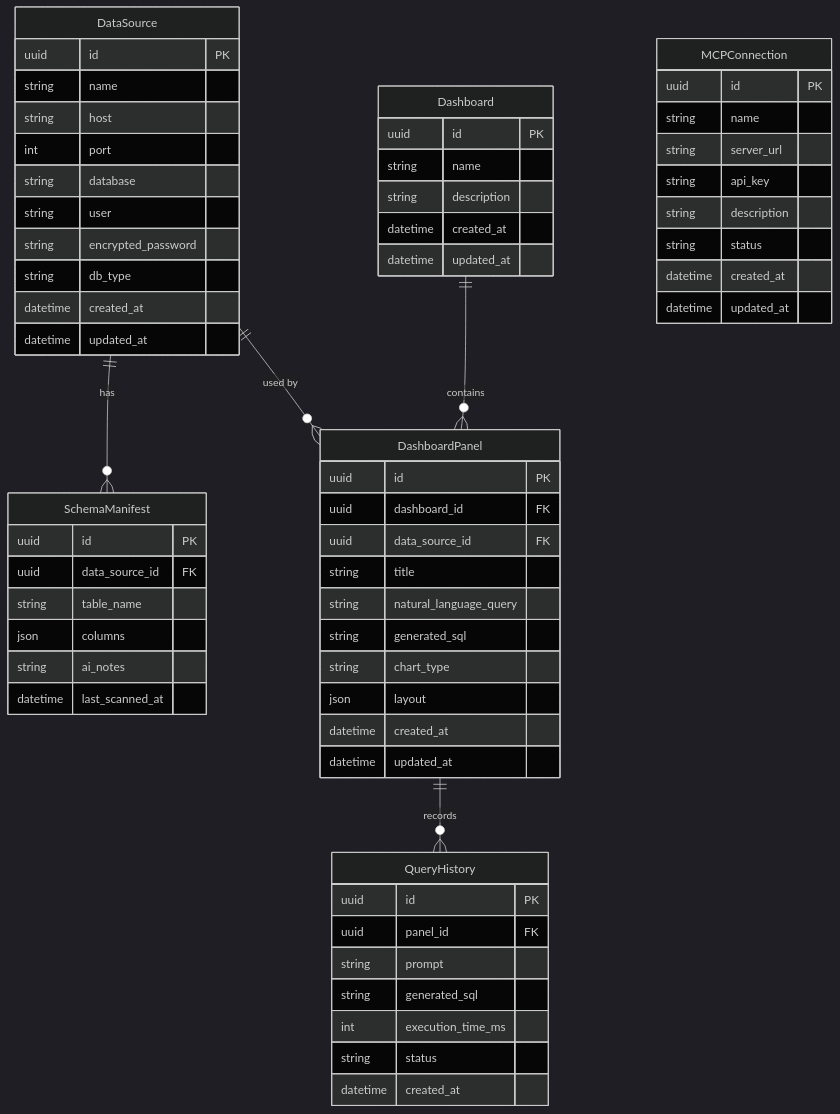
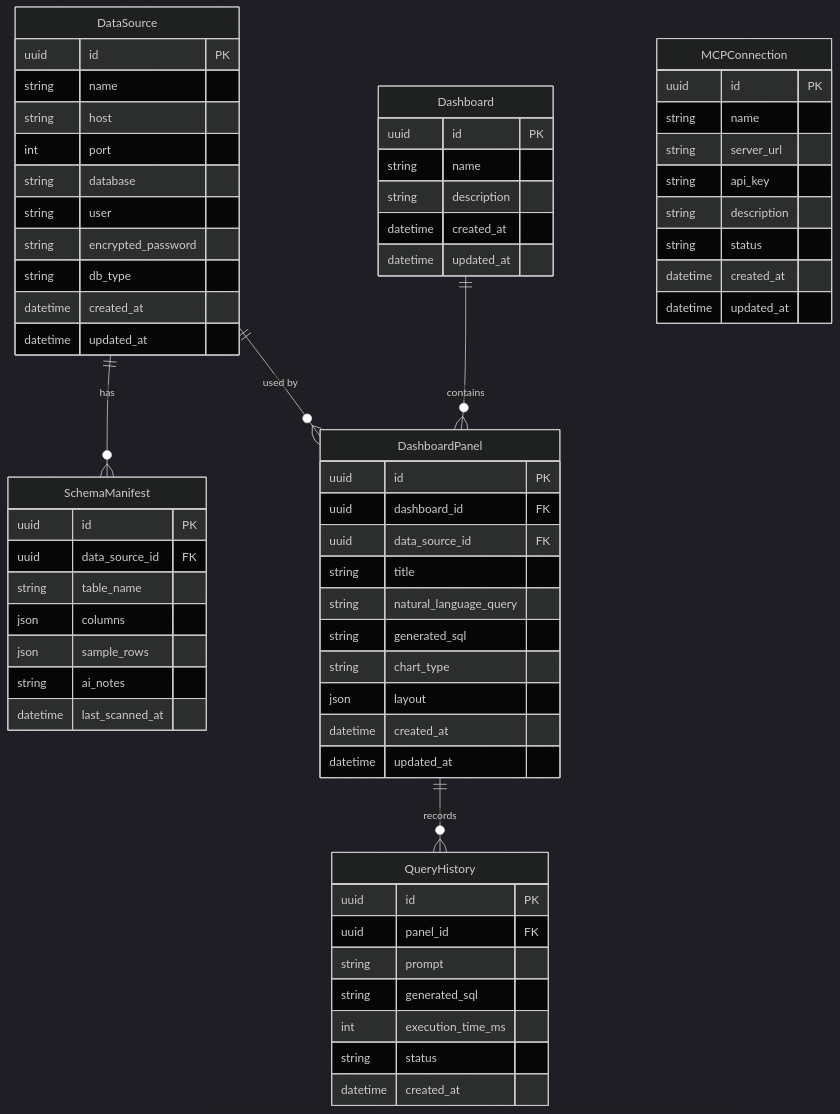
One commit to exs-xgg/dashie changed the diagram in docs/erd.md. Above: the diagram before and after it, drawn with Mermaid (dark theme). The commit also changed 10 other files, not shown here.

Commit message:
feat: implement database schema sync with sample row storage and add chart modal UI

````diff
--- a/docs/erd.md
+++ b/docs/erd.md
@@ -5,71 +5,72 @@
 ```mermaid
 erDiagram
     DataSource ||--o{ SchemaManifest : "has"
     DataSource ||--o{ DashboardPanel : "used by"
     Dashboard ||--o{ DashboardPanel : "contains"
     DashboardPanel ||--o{ QueryHistory : "records"
     
     DataSource {
         uuid id PK
         string name
         string host
         int port
         string database
         string user
         string encrypted_password
         string db_type
         datetime created_at
         datetime updated_at
     }
     
     SchemaManifest {
         uuid id PK
         uuid data_source_id FK
         string table_name
         json columns
+        json sample_rows
         string ai_notes
         datetime last_scanned_at
     }
     
     Dashboard {
         uuid id PK
         string name
         string description
         datetime created_at
         datetime updated_at
     }
     
     DashboardPanel {
         uuid id PK
         uuid dashboard_id FK
         uuid data_source_id FK
         string title
         string natural_language_query
         string generated_sql
         string chart_type
         json layout
         datetime created_at
         datetime updated_at
     }
     
     QueryHistory {
         uuid id PK
         uuid panel_id FK
         string prompt
         string generated_sql
         int execution_time_ms
         string status
         datetime created_at
     }
     
     MCPConnection {
         uuid id PK
         string name
         string server_url
         string api_key
         string description
         string status
         datetime created_at
         datetime updated_at
     }
 ```
````
